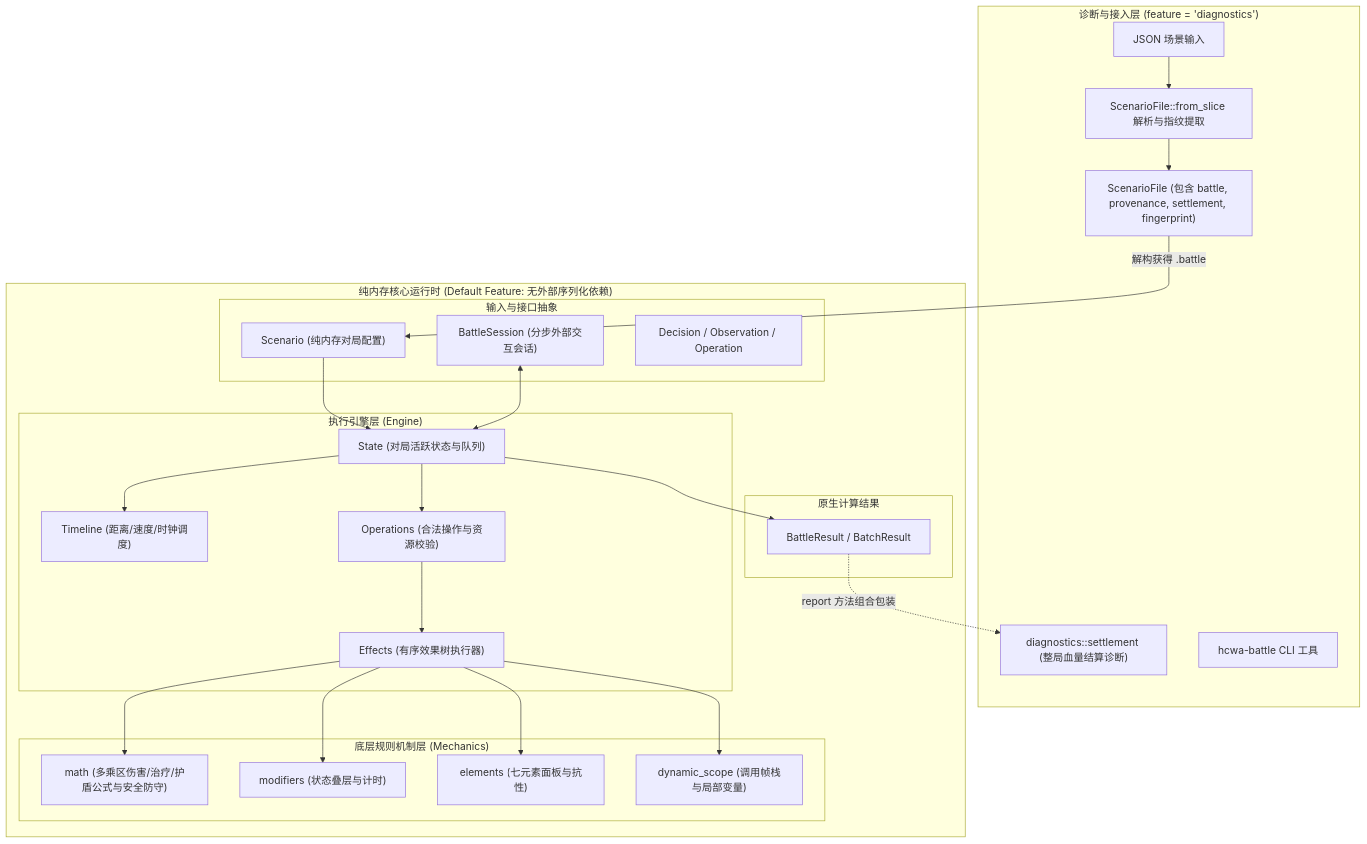
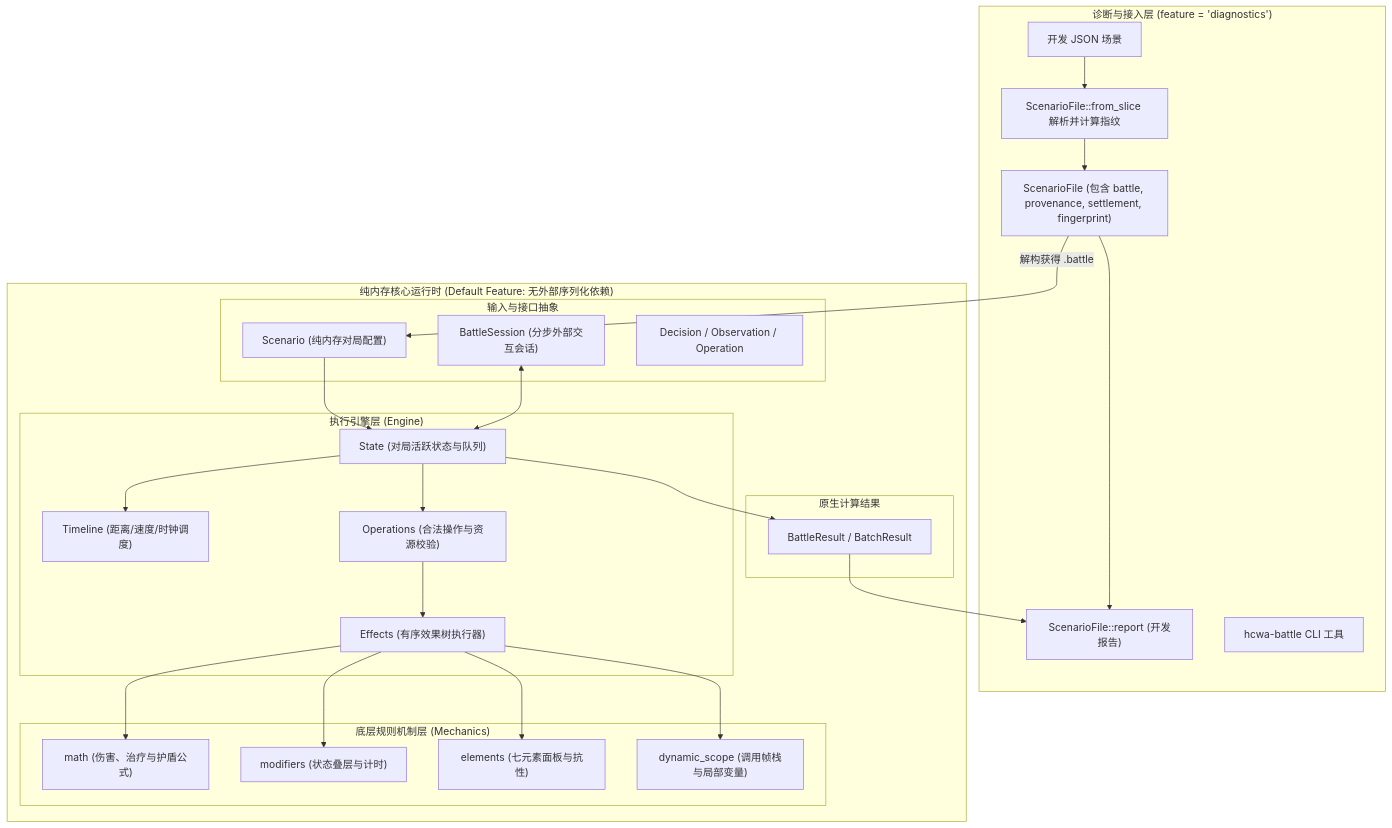
One commit to Sakura-Ex/Hyacimicon changed the first of 3 diagrams in docs/modules/battle-simulation/design.md. Above: the diagram before and after it, drawn with Mermaid. The commit also changed other lines of this file and 14 other files, not shown here.

````diff
--- a/docs/modules/battle-simulation/design.md
+++ b/docs/modules/battle-simulation/design.md
@@ -11,48 +11,49 @@
 ```mermaid
 flowchart TD
     subgraph DiagnosticsLayer["诊断与接入层 (feature = 'diagnostics')"]
-        RawJSON["JSON 场景输入"] --> ParseFile["ScenarioFile::from_slice 解析与指纹提取"]
+        RawJSON["开发 JSON 场景"] --> ParseFile["ScenarioFile::from_slice 解析并计算指纹"]
         ParseFile --> ScenarioFile["ScenarioFile (包含 battle, provenance, settlement, fingerprint)"]
-        DiagSettlement["diagnostics::settlement (整局血量结算诊断)"]
+        Report["ScenarioFile::report (开发报告)"]
         CLI["hcwa-battle CLI 工具"]
     end
 
     subgraph CoreRuntime["纯内存核心运行时 (Default Feature: 无外部序列化依赖)"]
         subgraph InputTypes["输入与接口抽象"]
             ScenarioModel["Scenario (纯内存对局配置)"]
             SessionAPI["BattleSession (分步外部交互会话)"]
             DecisionModel["Decision / Observation / Operation"]
         end
 
         subgraph Engine["执行引擎层 (Engine)"]
             State["State (对局活跃状态与队列)"]
             Timeline["Timeline (距离/速度/时钟调度)"]
             Operations["Operations (合法操作与资源校验)"]
             Effects["Effects (有序效果树执行器)"]
         end
 
         subgraph Mechanics["底层规则机制层 (Mechanics)"]
-            Math["math (多乘区伤害/治疗/护盾公式与安全防守)"]
+            Math["math (伤害、治疗与护盾公式)"]
             Modifiers["modifiers (状态叠层与计时)"]
             Elements["elements (七元素面板与抗性)"]
             Scope["dynamic_scope (调用帧栈与局部变量)"]
         end
 
         subgraph Output["原生计算结果"]
             NativeResult["BattleResult / BatchResult"]
         end
     end
 
     ScenarioFile -->|解构获得 .battle| ScenarioModel
     ScenarioModel --> State
     SessionAPI <--> State
     State --> Timeline
     State --> Operations
     Operations --> Effects
     Effects --> Math
     Effects --> Modifiers
     Effects --> Elements
     Effects --> Scope
     State --> NativeResult
-    NativeResult -.->|report 方法组合包装| DiagSettlement
+    NativeResult --> Report
+    ScenarioFile --> Report
 ```
````
